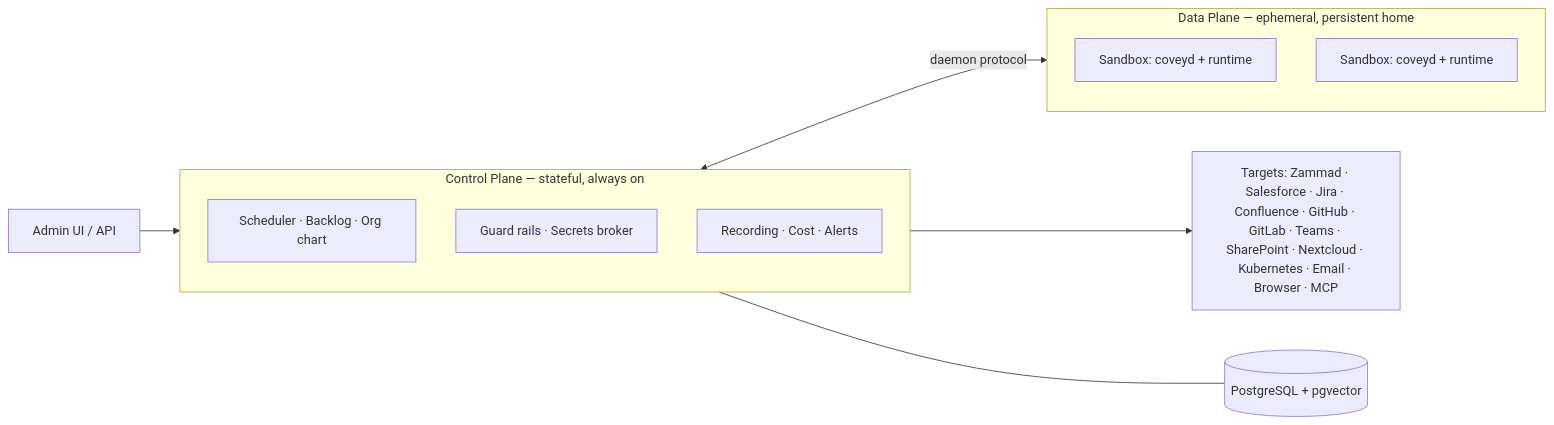
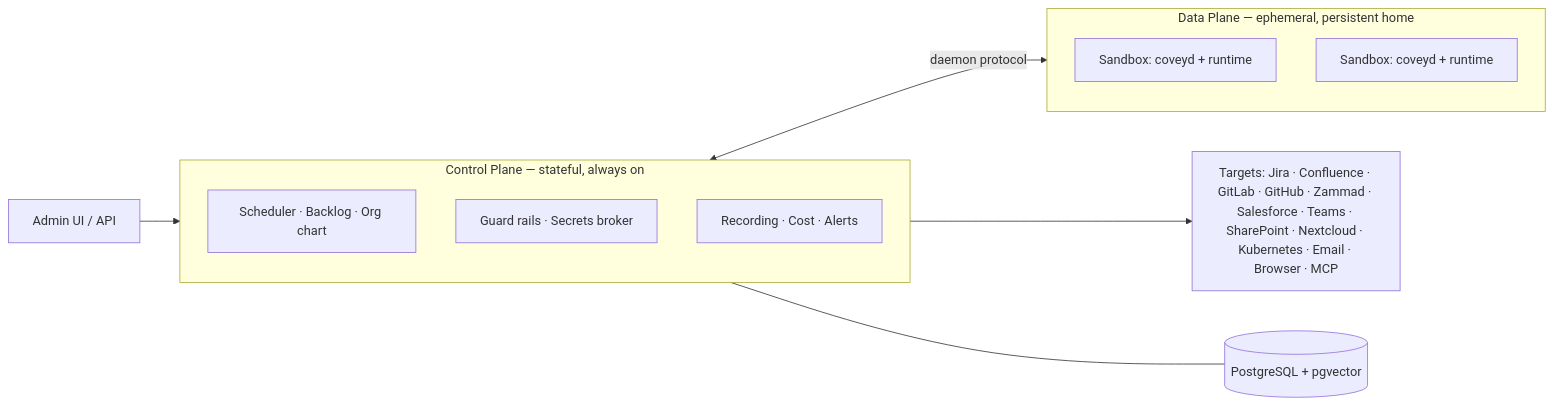
One commit to benjaminLedel/covey changed the diagram in README.md. Above: the diagram before and after it, drawn with Mermaid. The commit also changed other lines of this file and 1 other file, not shown here.

````diff
--- a/README.md
+++ b/README.md
@@ -110,21 +112,21 @@
 ```mermaid
 flowchart LR
     UI["Admin UI / API"] --> CP
 
     subgraph CP["Control Plane — stateful, always on"]
         direction TB
         SCHED["Scheduler · Backlog · Org chart"]
         GUARD["Guard rails · Secrets broker"]
         OBS["Recording · Cost · Alerts"]
     end
 
     subgraph DP["Data Plane — ephemeral, persistent home"]
         direction TB
         S1["Sandbox: coveyd + runtime"]
         S2["Sandbox: coveyd + runtime"]
     end
 
     CP <-->|daemon protocol| DP
-    CP --> TS["Targets: Zammad · Salesforce · Jira · Confluence · GitHub · GitLab · Teams · SharePoint · Nextcloud · Kubernetes · Email · Browser · MCP"]
+    CP --> TS["Targets: Jira · Confluence · GitLab · GitHub · Zammad · Salesforce · Teams · SharePoint · Nextcloud · Kubernetes · Email · Browser · MCP"]
     CP --- DB[("PostgreSQL + pgvector")]
 ```
````
